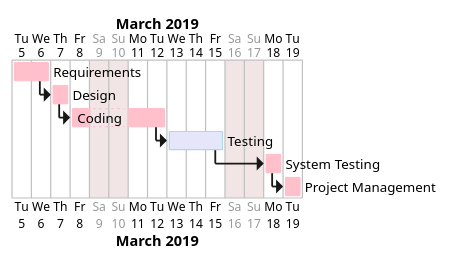
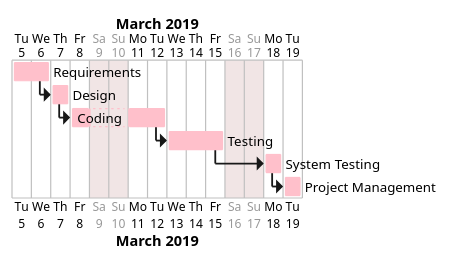
Before and after one commit to salvatore-dimartino/LaTazza: the diagram in templates/templates_EstimationTemplate.md, drawn with PlantUML.

````diff
--- a/templates/templates_EstimationTemplate.md
+++ b/templates/templates_EstimationTemplate.md
@@ -62,14 +62,14 @@
 ```plantuml
 @startgantt
 project starts the 2019/03/5
 sunday are closed
 saturday are closed
 [Requirements] lasts 2 days and is colored in Pink
 [Design] lasts 1 days and starts 0 days after [Requirements]'s end and is colored in Pink
 [Coding] lasts 3 days and starts 0 days after [Design]'s end and is colored in Pink
-[Testing] lasts 3 days and starts 0 days after [Coding]'s end and is colored in Lavender/LightBlue
+[Testing] lasts 3 days and starts 0 days after [Coding]'s end and is colored in Pink
 [System Testing] lasts 1 days and starts 0 days after [Testing]'s end and is colored in Pink
 [Project Management] lasts 1 days and starts 0 days after [System Testing]'s end and is colored in Pink
 
 @endgantt
 ```
````
